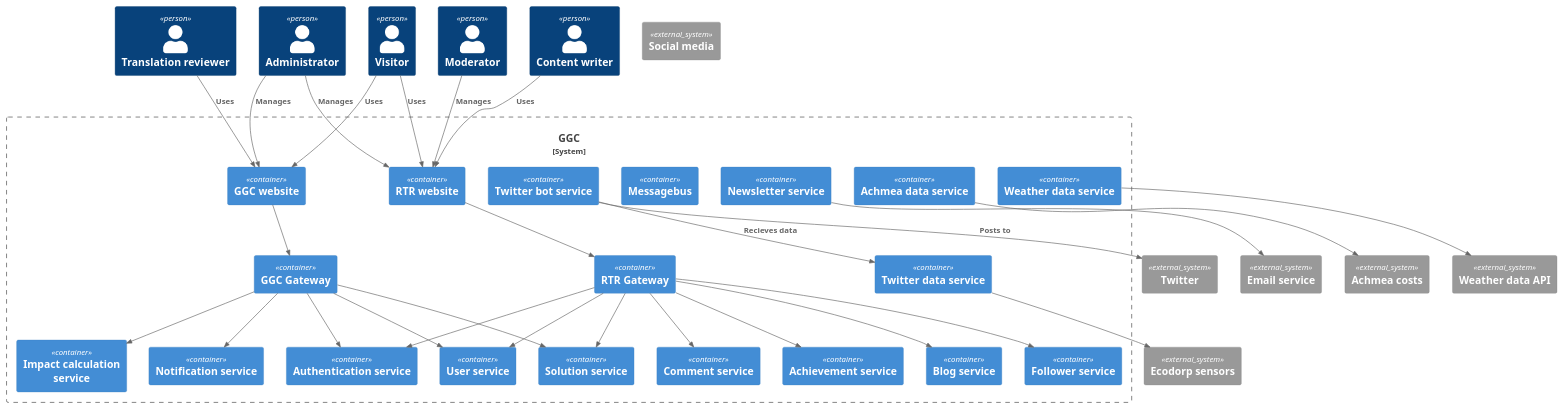
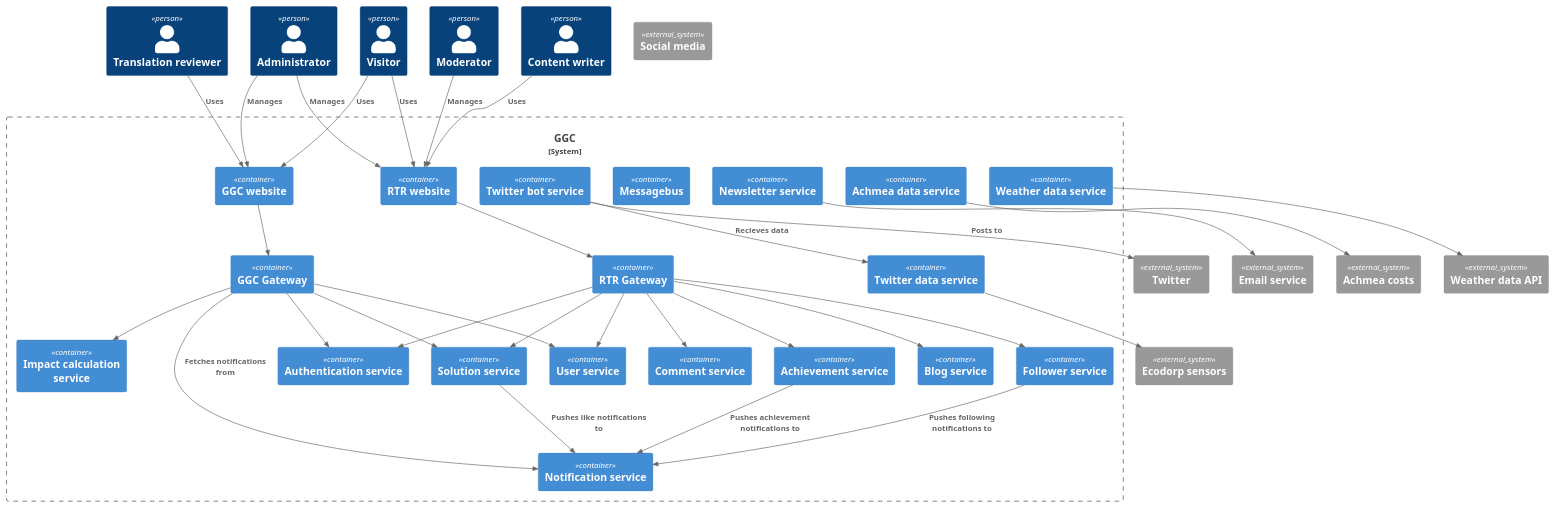
Before and after one commit to Fontys-S6-maatwerk/GGCArchitecture: the diagram in C2.puml, drawn with PlantUML.

Commit message:
Resolve relations to and from Notification Service
Defined the three additional relationships from Achievements service, Follower
Service and Solution Service, and enhanced all Notification Service relations
with a message for clearity

```diff
--- a/C2.puml
+++ b/C2.puml
@@ -1,98 +1,102 @@
 @startuml C1 GGC
 !include https://raw.githubusercontent.com/plantuml-stdlib/C4-PlantUML/master/C4_Container.puml
 
 Person(p_admin, "Administrator")
 Person(p_visitor, "Visitor")
 Person(p_contentWriter, "Content writer")
 Person(p_moderator, "Moderator")
 Person(p_translationReviewer, "Translation reviewer")
 
 System_Boundary(s_ggc, "GGC") {
     Container(c_rtrWebsite, "RTR website")
     Container(c_ggcWebsite, "GGC website")
     Container(c_rtrGateway, "RTR Gateway")
     Container(c_ggcGateway, "GGC Gateway")
     Container(c_authService, "Authentication service")
     Container(c_solutionService, "Solution service")
     Container(C_userService, "User service")
     Container(c_achievementService, "Achievement service")
     Container(c_blogService, "Blog service")
     Container(c_impactCalculationService, "Impact calculation service")
     Container(c_twitterBotService, "Twitter bot service")
     Container(c_notificationService, "Notification service")
     Container(c_followerService, "Follower service")
     Container(c_commentService, "Comment service")
 
     Container(messagebus, "Messagebus")
     
     Container(c_newsletterService, "Newsletter service")
     Container(c_achmeaDataService, "Achmea data service")
     Container(c_weatherDataService, "Weather data service")
     Container(c_twitterDataService, "Twitter data service")
 }
 
 System_Ext(s_socialMedia, "Social media")
 System_Ext(s_twitter, "Twitter")
 System_Ext(s_ecodorpSensors, "Ecodorp sensors")
 System_Ext(s_weatherdataAPI, "Weather data API")
 System_Ext(s_achmeaCosts, "Achmea costs")
 System_Ext(s_emailService, "Email service")
 
 'Website relations
 Rel_D(c_rtrWebsite, c_rtrGateway, "")
 Rel_D(c_ggcWebsite, c_ggcGateway, "")
 
 'Twitter bot relations
 Rel(c_twitterBotService, s_twitter, "Posts to")
 Rel(c_twitterBotService, c_twitterDataService, "Recieves data")
 
 'RTR gateway relations
 Rel(c_rtrGateway, c_commentService, "")
 Rel(c_rtrGateway, c_solutionService, "")
 Rel(c_rtrGateway, C_userService, "")
 Rel(c_rtrGateway, c_followerService, "")
 Rel(c_rtrGateway, c_blogService, "")
 Rel(c_rtrGateway, c_authService, "")
 Rel(c_rtrGateway, c_achievementService, "")
 
 'GGC Gateway relations
-Rel(c_ggcGateway, c_notificationService, "")
+Rel(c_ggcGateway, c_notificationService, "Fetches notifications from")
 Rel(c_ggcGateway, c_solutionService, "")
 Rel(c_ggcGateway, C_userService, "")
 Rel(c_ggcGateway, c_impactCalculationService, "")
 Rel(c_ggcGateway, c_authService, "")
 
 'data aggregation relations
 Rel(c_weatherDataService, s_weatherdataAPI, "")
 Rel(c_newsletterService, s_emailService, "")
 Rel(c_twitterDataService, s_ecodorpSensors, "")
 Rel(c_achmeaDataService, s_achmeaCosts, "")
 
 Rel_D(p_admin, c_ggcWebsite, "Manages")
 Rel_D(p_admin, c_rtrWebsite, "Manages")
 Rel_D(p_contentWriter, c_rtrWebsite, "Uses")
 Rel_D(p_moderator, c_rtrWebsite, "Manages")
 Rel_D(p_visitor, c_rtrWebsite, "Uses")
 Rel_D(p_visitor, c_ggcWebsite, "Uses")
 Rel_D(p_translationReviewer, c_ggcWebsite, "Uses")
 
+'Notification Service relations
+Rel(c_achievementService, c_notificationService, "Pushes achievement notifications to")
+Rel(c_followerService, c_notificationService, "Pushes following notifications to")
+Rel(c_solutionService, c_notificationService, "Pushes like notifications to")
+
 /'
 Comments Maxime:
 
 Uncertainties
-- What uses the notification service? (i assumed GGC gateway)
 - how do I add a message bus?
 - does ggc use follower service?
-- is twitterDataService just aggregating data for twitterbot? 
+- is twitterDataService just aggregating data for twitterbot?
 - what posts to social media again?
 - what services listen to the message bus and what services post to it?
 
 TODO:
 - review everything (check for missing relations or incorrect relations)
 - add comments to relations
 - add techniques used per container
 - check for spelling
 - place the messagebus between domain services and data aggregation services
 '/
 
 @enduml
```
